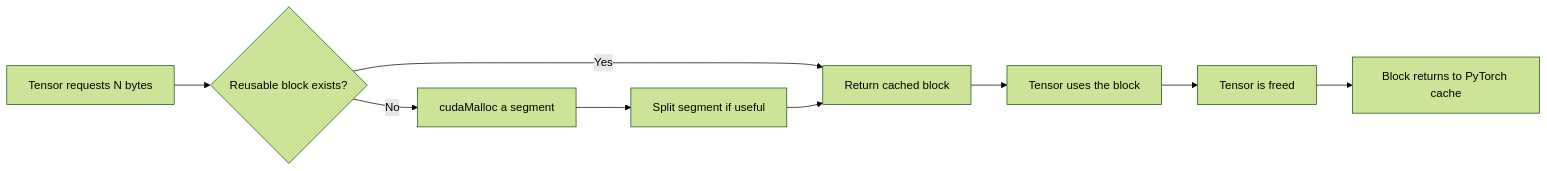
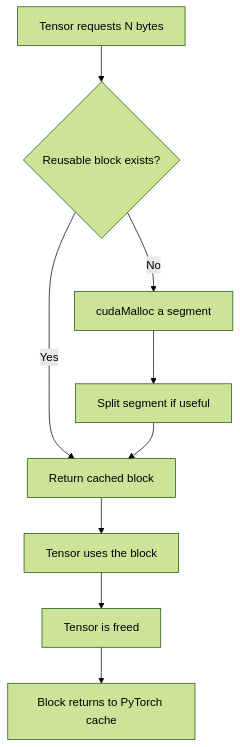
The first of 4 diagrams in _posts/2026-08-20-inside-vllm-model-weight-memory.md (leinfinitr/leinfinitr.github.io), drawn with Mermaid (forest theme) before and after one commit. The commit also changed other lines of this file, not shown here.

````diff
--- a/_posts/2026-08-20-inside-vllm-model-weight-memory.md
+++ b/_posts/2026-08-20-inside-vllm-model-weight-memory.md
@@ -35,11 +35,11 @@
 ```mermaid
-graph LR
+graph TB
     T[Tensor requests N bytes] --> P{Reusable block exists?}
     P -- Yes --> R[Return cached block]
     P -- No --> C[cudaMalloc a segment]
     C --> S[Split segment if useful]
     S --> R
     R --> U[Tensor uses the block]
     U --> F[Tensor is freed]
     F --> K[Block returns to PyTorch cache]
 ```
````
